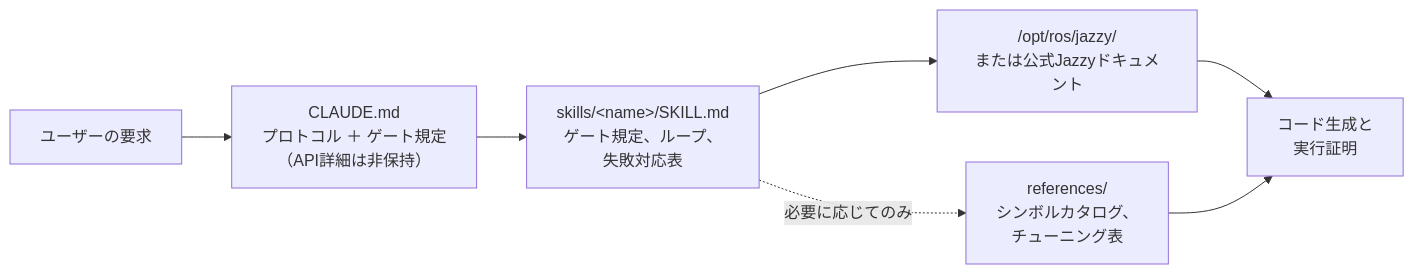
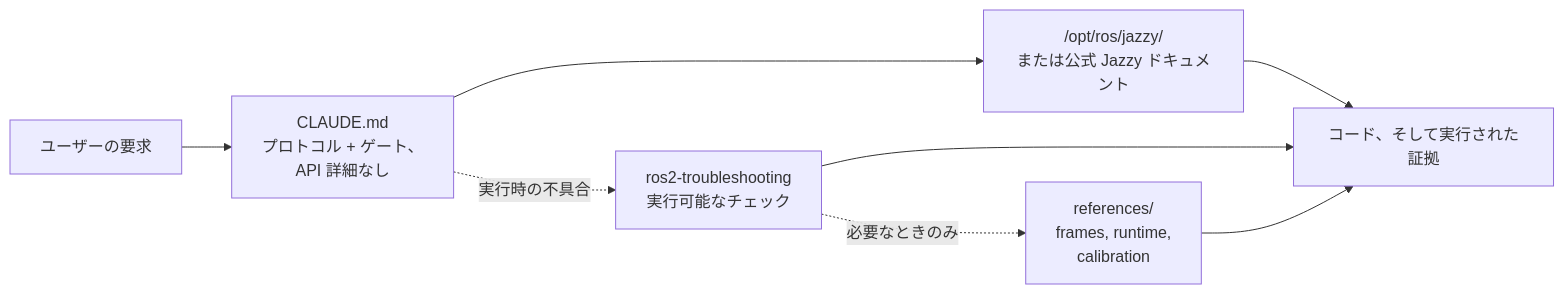
The diagram in README.ja.md (Leehyunbin0131/claude-ros2-skills), drawn with Mermaid before and after one commit. The commit also changed other lines of this file and 6 other files, not shown here.

````diff
--- a/README.ja.md
+++ b/README.ja.md
@@ -147,9 +164,10 @@
 ```mermaid
 flowchart LR
-    A["ユーザーの要求"] --> B["CLAUDE.md<br/>プロトコル ＋ ゲート規定<br/>（API詳細は非保持）"]
-    B --> C["skills/&lt;name&gt;/SKILL.md<br/>ゲート規定、ループ、<br/>失敗対応表"]
-    C --> D["/opt/ros/jazzy/<br/>または公式Jazzyドキュメント"]
-    C -.必要に応じてのみ.-> R["references/<br/>シンボルカタログ、<br/>チューニング表"]
-    D --> E["コード生成と<br/>実行証明"]
+    A["ユーザーの要求"] --> B["CLAUDE.md<br/>プロトコル + ゲート、<br/>API 詳細なし"]
+    B --> D["/opt/ros/jazzy/<br/>または公式 Jazzy ドキュメント"]
+    B -.実行時の不具合.-> C["ros2-troubleshooting<br/>実行可能なチェック"]
+    C -.必要なときのみ.-> R["references/<br/>frames, runtime,<br/>calibration"]
+    D --> E["コード、そして実行された証拠"]
+    C --> E
     R --> E
 ```
````
